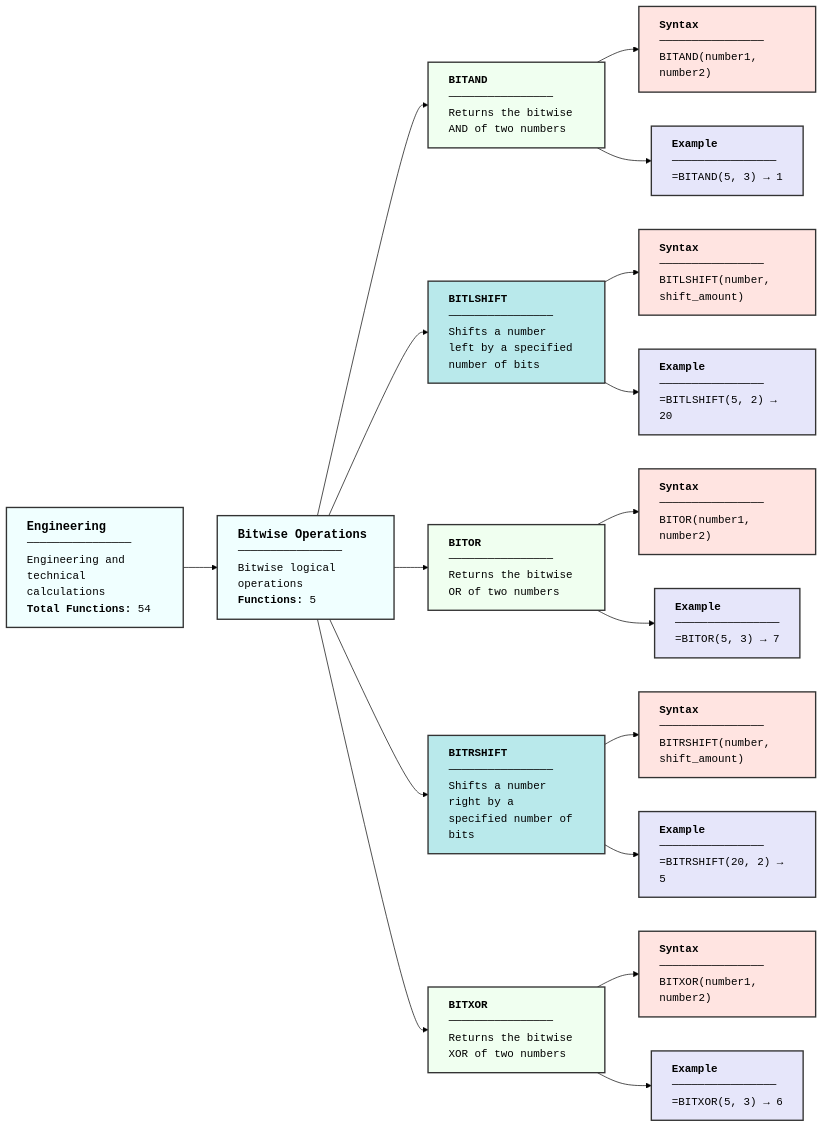
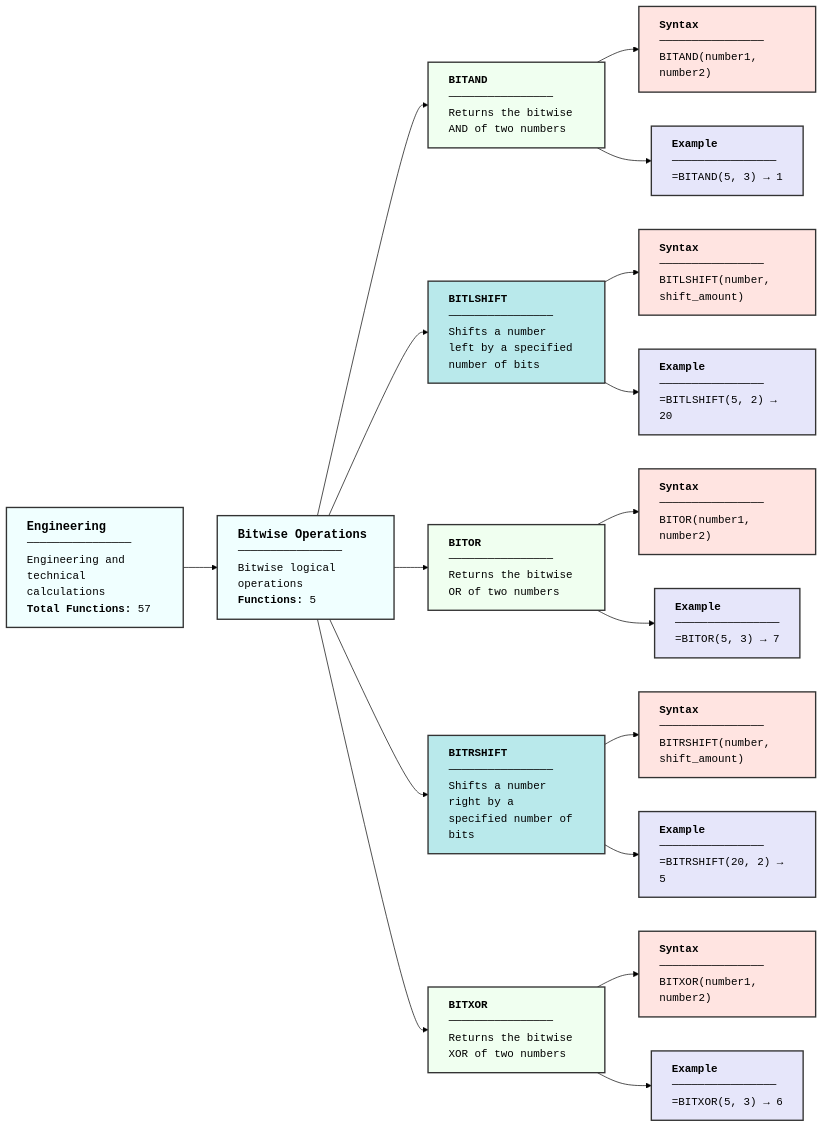
One commit to klappe-pm/Spreadsheet-Functions changed the diagram in Diagrams/Functions-Engineering.md. Above: the diagram before and after it, drawn with Mermaid (forest theme). The commit also changed other lines of this file and 15 other files, not shown here.

First line of the commit message:
Review Engineering, Financial, Cube and array diagrams

````diff
--- a/Diagrams/Functions-Engineering.md
+++ b/Diagrams/Functions-Engineering.md
@@ -20,57 +30,57 @@
 ```mermaid
 
 graph LR
-    Engineering["<div align='left' style='font-family: MonoLisa, monospace;'><b style='font-size: 1.1em;'>Engineering</b><br/>────────────────<br/>Engineering and technical calculations<br/><b>Total Functions:</b> 54</div>"]
-    
+    Engineering["<div align='left' style='font-family: MonoLisa, monospace;'><b style='font-size: 1.1em;'>Engineering</b><br/>────────────────<br/>Engineering and technical calculations<br/><b>Total Functions:</b> 57</div>"]
+
     Engineering --> Bitwise["<div align='left' style='font-family: MonoLisa, monospace;'><b style='font-size: 1.1em;'>Bitwise Operations</b><br/>────────────────<br/>Bitwise logical operations<br/><b>Functions:</b> 5</div>"]
-    
+
     %% Bitwise Operations (5 functions)
-    %% BITAND - Function 1
+    %% BITAND: Function 1
     Bitwise --> BITAND["<div align='left' style='font-family: MonoLisa, monospace;'><b>BITAND</b><br/>────────────────<br/>Returns the bitwise AND of two numbers</div>"]
     BITAND --> BITANDSYNTAX["<div align='left' style='font-family: MonoLisa, monospace;'><b>Syntax</b><br/>────────────────<br/>BITAND(number1, number2)</div>"]
     BITAND --> BITANDEXAMPLE["<div align='left' style='font-family: MonoLisa, monospace;'><b>Example</b><br/>────────────────<br/>=BITAND(5, 3) → 1</div>"]
-    
-    %% BITLSHIFT - Function 2
+
+    %% BITLSHIFT: Function 2
     Bitwise --> BITLSHIFT["<div align='left' style='font-family: MonoLisa, monospace;'><b>BITLSHIFT</b><br/>────────────────<br/>Shifts a number left by a specified number of bits</div>"]
     BITLSHIFT --> BITLSHIFTSYNTAX["<div align='left' style='font-family: MonoLisa, monospace;'><b>Syntax</b><br/>────────────────<br/>BITLSHIFT(number, shift_amount)</div>"]
     BITLSHIFT --> BITLSHIFTEXAMPLE["<div align='left' style='font-family: MonoLisa, monospace;'><b>Example</b><br/>────────────────<br/>=BITLSHIFT(5, 2) → 20</div>"]
-    
-    %% BITOR - Function 3
+
+    %% BITOR: Function 3
     Bitwise --> BITOR["<div align='left' style='font-family: MonoLisa, monospace;'><b>BITOR</b><br/>────────────────<br/>Returns the bitwise OR of two numbers</div>"]
     BITOR --> BITORSYNTAX["<div align='left' style='font-family: MonoLisa, monospace;'><b>Syntax</b><br/>────────────────<br/>BITOR(number1, number2)</div>"]
     BITOR --> BITOREXAMPLE["<div align='left' style='font-family: MonoLisa, monospace;'><b>Example</b><br/>────────────────<br/>=BITOR(5, 3) → 7</div>"]
-    
-    %% BITRSHIFT - Function 4
+
+    %% BITRSHIFT: Function 4
     Bitwise --> BITRSHIFT["<div align='left' style='font-family: MonoLisa, monospace;'><b>BITRSHIFT</b><br/>────────────────<br/>Shifts a number right by a specified number of bits</div>"]
     BITRSHIFT --> BITRSHIFTSYNTAX["<div align='left' style='font-family: MonoLisa, monospace;'><b>Syntax</b><br/>────────────────<br/>BITRSHIFT(number, shift_amount)</div>"]
     BITRSHIFT --> BITRSHIFTEXAMPLE["<div align='left' style='font-family: MonoLisa, monospace;'><b>Example</b><br/>────────────────<br/>=BITRSHIFT(20, 2) → 5</div>"]
-    
-    %% BITXOR - Function 5
+
+    %% BITXOR: Function 5
     Bitwise --> BITXOR["<div align='left' style='font-family: MonoLisa, monospace;'><b>BITXOR</b><br/>────────────────<br/>Returns the bitwise XOR of two numbers</div>"]
     BITXOR --> BITXORSYNTAX["<div align='left' style='font-family: MonoLisa, monospace;'><b>Syntax</b><br/>────────────────<br/>BITXOR(number1, number2)</div>"]
     BITXOR --> BITXOREXAMPLE["<div align='left' style='font-family: MonoLisa, monospace;'><b>Example</b><br/>────────────────<br/>=BITXOR(5, 3) → 6</div>"]
-    
+
     %% Styling
     style Engineering fill:#F0FFFF,stroke:#333,stroke-width:2px
     style Bitwise fill:#F0FFFF,stroke:#333,stroke-width:2px
-    %% Functions alternate colors - continuous numbering across subcategories
+    %% Functions alternate colors: continuous numbering across subcategories
     style BITAND fill:#F0FFF0,stroke:#333,stroke-width:2px
     style BITLSHIFT fill:#B9E9EB,stroke:#333,stroke-width:2px
     style BITOR fill:#F0FFF0,stroke:#333,stroke-width:2px
     style BITRSHIFT fill:#B9E9EB,stroke:#333,stroke-width:2px
     style BITXOR fill:#F0FFF0,stroke:#333,stroke-width:2px
-    %% All syntax nodes - pink
+    %% All syntax nodes: pink
     style BITANDSYNTAX fill:#FFE4E1,stroke:#333,stroke-width:2px
     style BITLSHIFTSYNTAX fill:#FFE4E1,stroke:#333,stroke-width:2px
     style BITORSYNTAX fill:#FFE4E1,stroke:#333,stroke-width:2px
     style BITRSHIFTSYNTAX fill:#FFE4E1,stroke:#333,stroke-width:2px
     style BITXORSYNTAX fill:#FFE4E1,stroke:#333,stroke-width:2px
-    %% All example nodes - lavender
+    %% All example nodes: lavender
     style BITANDEXAMPLE fill:#E6E6FA,stroke:#333,stroke-width:2px
     style BITLSHIFTEXAMPLE fill:#E6E6FA,stroke:#333,stroke-width:2px
     style BITOREXAMPLE fill:#E6E6FA,stroke:#333,stroke-width:2px
     style BITRSHIFTEXAMPLE fill:#E6E6FA,stroke:#333,stroke-width:2px
     style BITXOREXAMPLE fill:#E6E6FA,stroke:#333,stroke-width:2px
-    
-    
+
+
 ```
````
